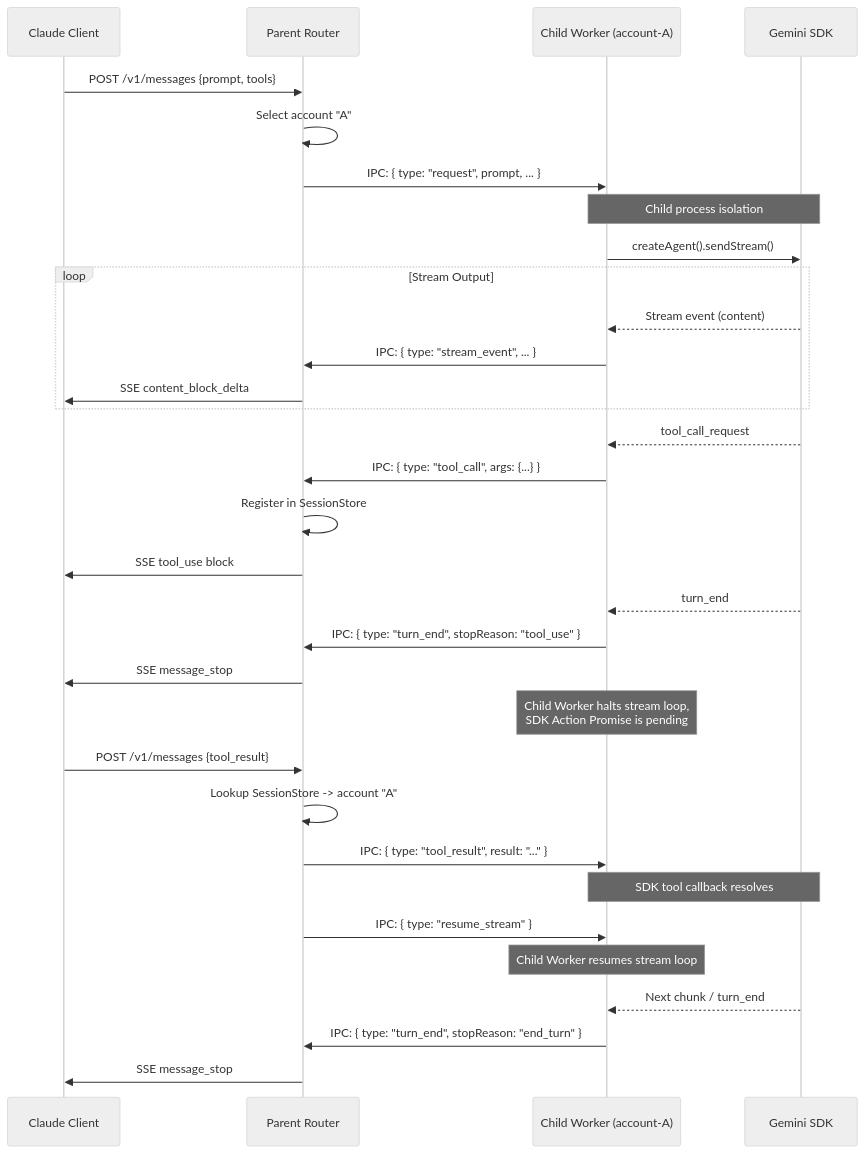
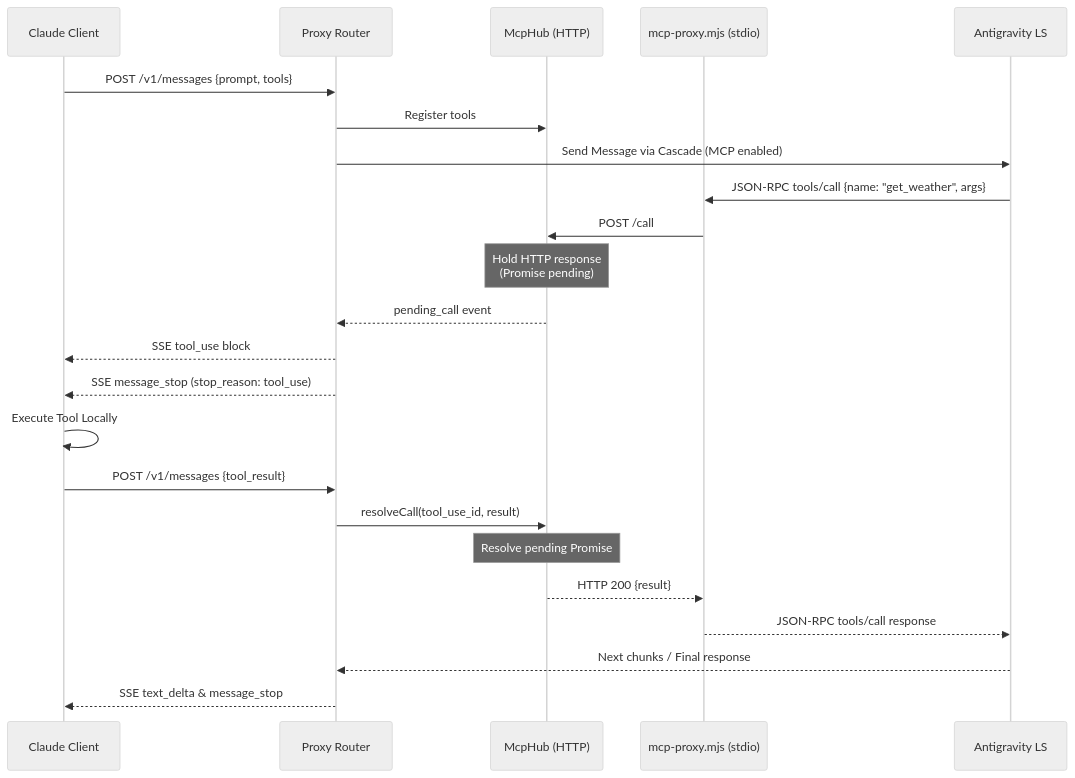
The second of 2 diagrams in doc/architecture.md (Masterisk-F/claude2gemini-cli), drawn with Mermaid (neutral theme) before and after one commit. The commit also changed other lines of this file and 6 other files, not shown here.

First line of the commit message:
feat: stabilize MCP proxy tool registration and message routing

````diff
--- a/doc/architecture.md
+++ b/doc/architecture.md
@@ -122,43 +106,31 @@
 ```mermaid
 sequenceDiagram
     participant C as Claude Client
-    participant P as Parent Router
-    participant Ch as Child Worker (account-A)
-    participant SDK as Gemini SDK
+    participant P as Proxy Router
+    participant Hub as McpHub (HTTP)
+    participant Proxy as mcp-proxy.mjs (stdio)
+    participant LS as Antigravity LS
     
     C->>P: POST /v1/messages {prompt, tools}
-    P->>P: Select account "A"
-    P->>Ch: IPC: { type: "request", prompt, ... }
+    P->>Hub: Register tools
+    P->>LS: Send Message via Cascade (MCP enabled)
     
-    Note over Ch,SDK: Child process isolation
-    Ch->>SDK: createAgent().sendStream()
+    LS->>Proxy: JSON-RPC tools/call {name: "get_weather", args}
+    Proxy->>Hub: POST /call
+    Note over Hub: Hold HTTP response<br/>(Promise pending)
     
-    loop Stream Output
-        SDK-->>Ch: Stream event (content)
-        Ch->>P: IPC: { type: "stream_event", ... }
-        P->>C: SSE content_block_delta
-    end
+    Hub-->>P: pending_call event
+    P-->>C: SSE tool_use block
+    P-->>C: SSE message_stop (stop_reason: tool_use)
     
-    SDK-->>Ch: tool_call_request
-    Ch->>P: IPC: { type: "tool_call", args: {...} }
-    P->>P: Register in SessionStore
-    P->>C: SSE tool_use block
-    
-    SDK-->>Ch: turn_end
-    Ch->>P: IPC: { type: "turn_end", stopReason: "tool_use" }
-    P->>C: SSE message_stop
-    
-    Note over Ch: Child Worker halts stream loop,<br>SDK Action Promise is pending
+    C->>C: Execute Tool Locally
     
     C->>P: POST /v1/messages {tool_result}
-    P->>P: Lookup SessionStore -> account "A"
-    P->>Ch: IPC: { type: "tool_result", result: "..." }
-    Note over Ch,SDK: SDK tool callback resolves
+    P->>Hub: resolveCall(tool_use_id, result)
+    Note over Hub: Resolve pending Promise
     
-    P->>Ch: IPC: { type: "resume_stream" }
-    Note over Ch: Child Worker resumes stream loop
-    
-    SDK-->>Ch: Next chunk / turn_end
-    Ch->>P: IPC: { type: "turn_end", stopReason: "end_turn" }
-    P->>C: SSE message_stop
+    Hub-->>Proxy: HTTP 200 {result}
+    Proxy-->>LS: JSON-RPC tools/call response
+    LS-->>P: Next chunks / Final response
+    P-->>C: SSE text_delta & message_stop
 ```
````
